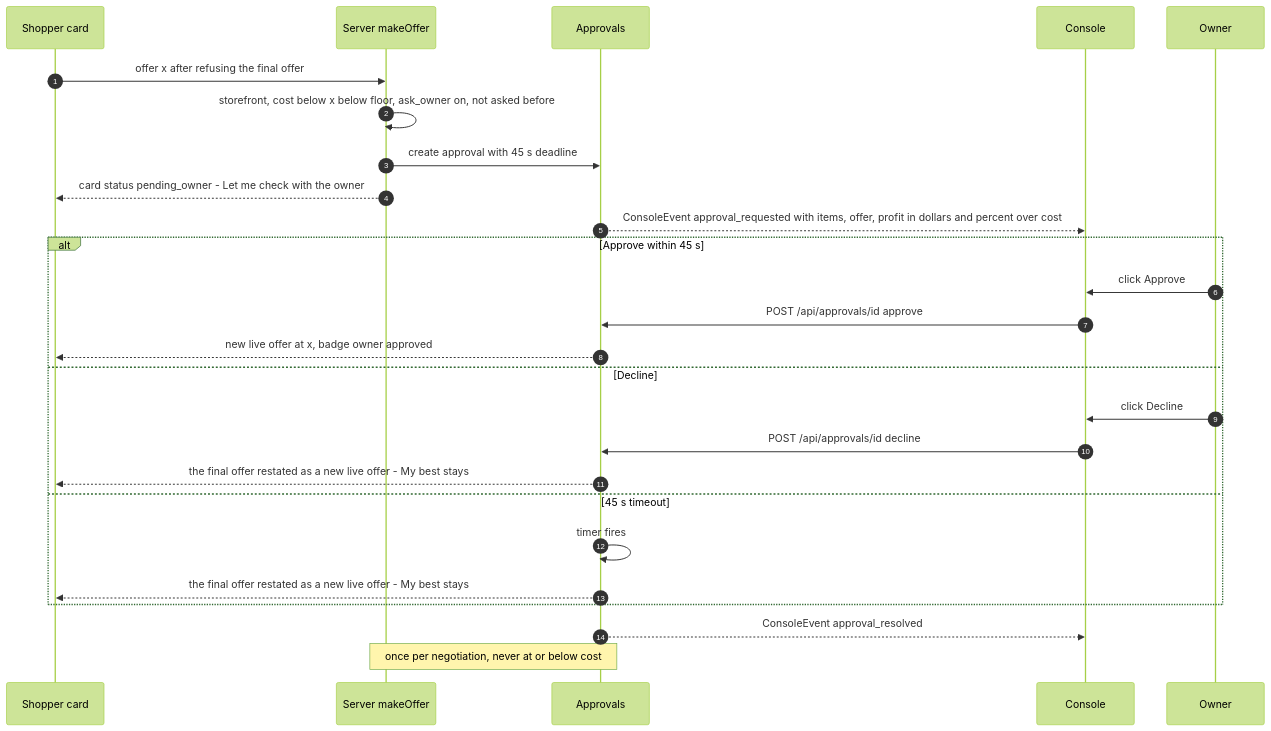
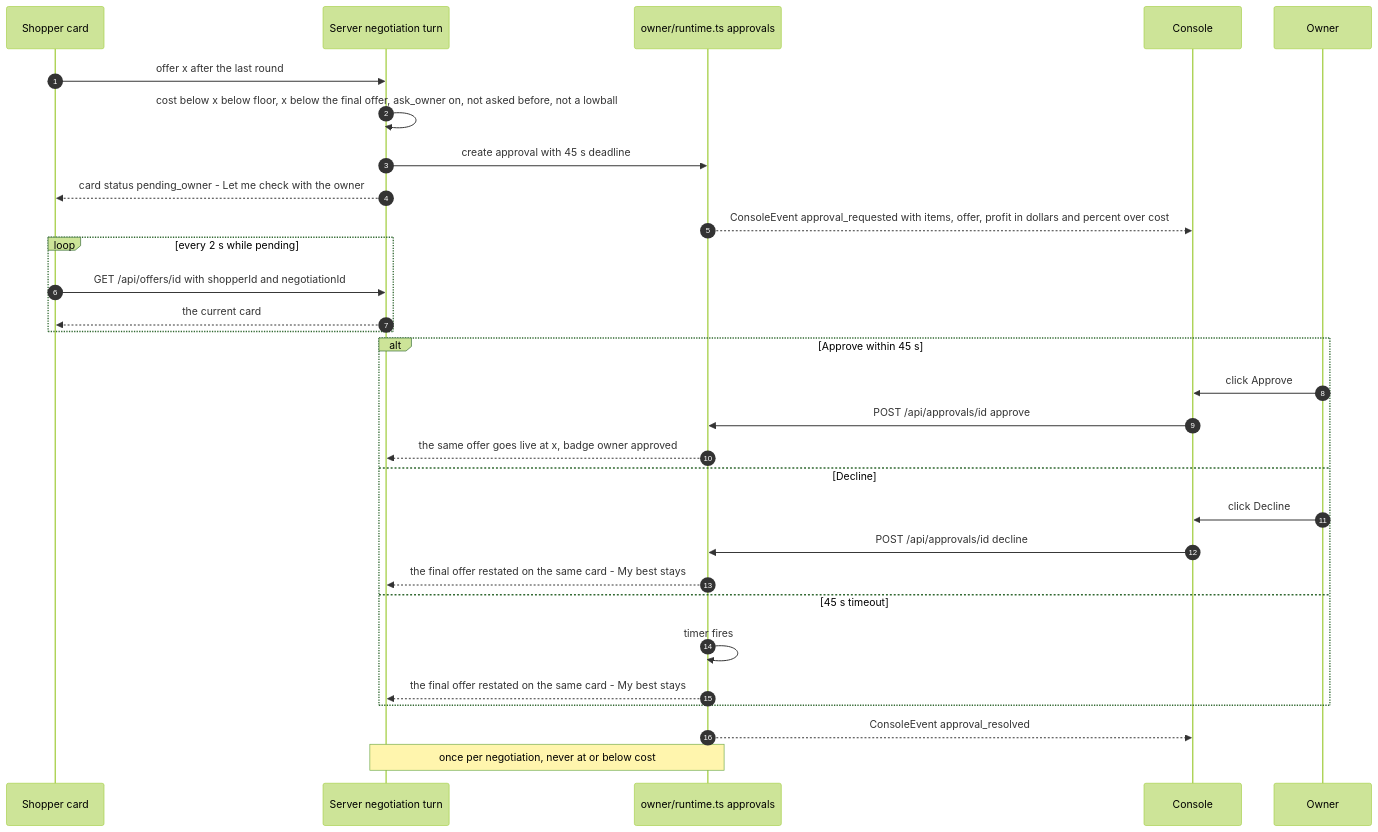
Before and after one commit to Maristanez/bazaar: the eighth of 22 diagrams in docs/ARCHITECTURE.md, drawn with Mermaid (forest theme). The commit also changed other lines of this file and 13 other files, not shown here.

````diff
--- a/docs/ARCHITECTURE.md
+++ b/docs/ARCHITECTURE.md
@@ -337,29 +327,33 @@
 ```mermaid
 sequenceDiagram
   autonumber
   participant S as Shopper card
-  participant A as Server makeOffer
-  participant R as Approvals
+  participant A as Server negotiation turn
+  participant R as owner/runtime.ts approvals
   participant C as Console
   participant O as Owner
 
-  S->>A: offer x after refusing the final offer
-  A->>A: storefront, cost below x below floor, ask_owner on, not asked before
+  S->>A: offer x after the last round
+  A->>A: cost below x below floor, x below the final offer, ask_owner on, not asked before, not a lowball
   A->>R: create approval with 45 s deadline
   A-->>S: card status pending_owner - Let me check with the owner
   R-->>C: ConsoleEvent approval_requested with items, offer, profit in dollars and percent over cost
+  loop every 2 s while pending
+    S->>A: GET /api/offers/id with shopperId and negotiationId
+    A-->>S: the current card
+  end
   alt Approve within 45 s
     O->>C: click Approve
     C->>R: POST /api/approvals/id approve
-    R-->>S: new live offer at x, badge owner approved
+    R-->>A: the same offer goes live at x, badge owner approved
   else Decline
     O->>C: click Decline
     C->>R: POST /api/approvals/id decline
-    R-->>S: the final offer restated as a new live offer - My best stays
+    R-->>A: the final offer restated on the same card - My best stays
   else 45 s timeout
     R->>R: timer fires
-    R-->>S: the final offer restated as a new live offer - My best stays
+    R-->>A: the final offer restated on the same card - My best stays
   end
   R-->>C: ConsoleEvent approval_resolved
   Note over A,R: once per negotiation, never at or below cost
 ```
````
